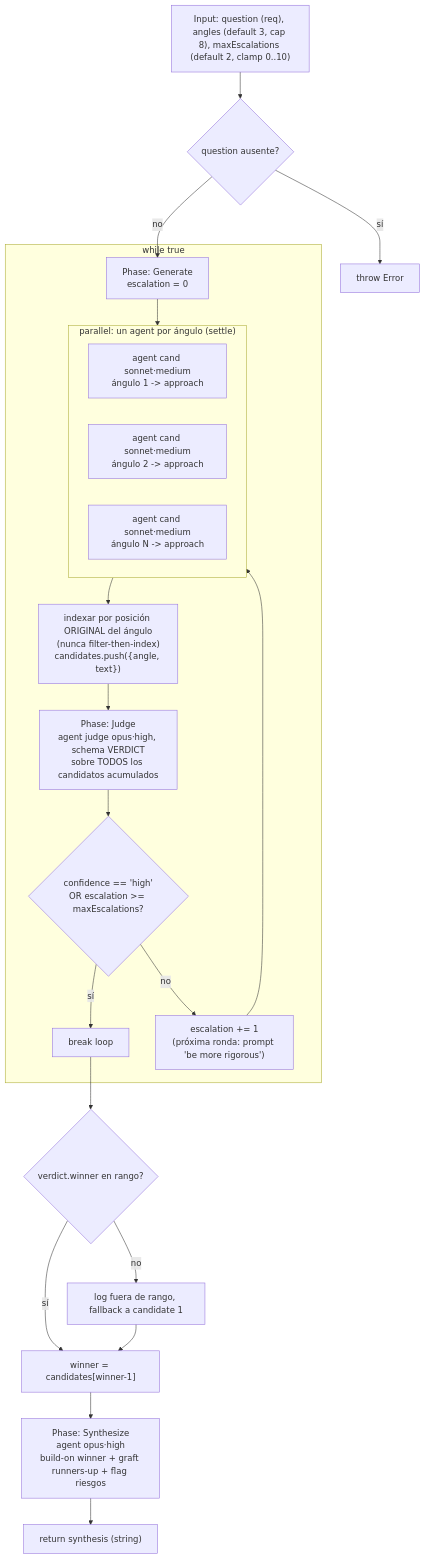
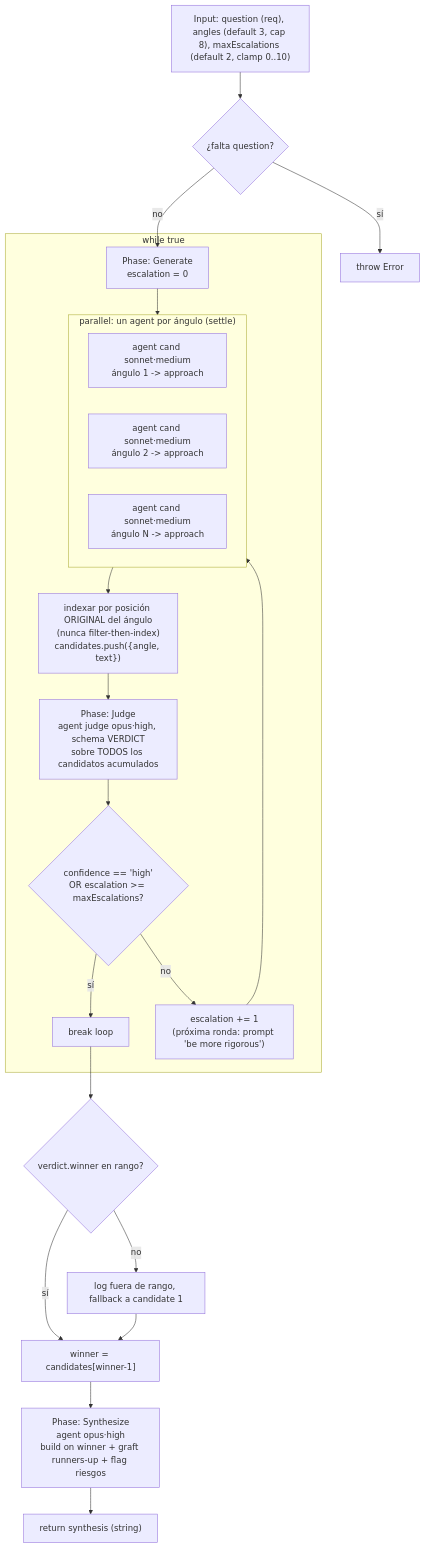
The diagram in docs/scaffolds/judge-escalate.md (andrestobelem/pandi-extensions), drawn with Mermaid before and after one commit. The commit also changed other lines of this file and 200 other files, not shown here.

````diff
--- a/docs/scaffolds/judge-escalate.md
+++ b/docs/scaffolds/judge-escalate.md
@@ -20,28 +20,40 @@
 ```mermaid
 flowchart TD
-    A["Input: question (req), angles (default 3, cap 8), maxEscalations (default 2, clamp 0..10)"] --> B{"question ausente?"}
+    A["Input: question (req), angles (default 3, cap 8), maxEscalations (default 2, clamp 0..10)"] --> B{"¿falta question?"}
     B -->|"sí"| B1["throw Error"]
-    B -->|"no"| C["Phase: Generate\nescalation = 0"]
+    B -->|"no"| C["Phase: Generate
+escalation = 0"]
 
     subgraph LOOP["while true"]
         subgraph GEN["parallel: un agent por ángulo (settle)"]
-            G1["agent cand sonnet·medium\nángulo 1 -> approach"]
-            G2["agent cand sonnet·medium\nángulo 2 -> approach"]
-            G3["agent cand sonnet·medium\nángulo N -> approach"]
+            G1["agent cand sonnet·medium
+ángulo 1 -> approach"]
+            G2["agent cand sonnet·medium
+ángulo 2 -> approach"]
+            G3["agent cand sonnet·medium
+ángulo N -> approach"]
         end
         C --> GEN
-        GEN --> D["indexar por posición ORIGINAL del ángulo\n(nunca filter-then-index)\ncandidates.push({angle, text})"]
-        D --> E["Phase: Judge\nagent judge opus·high, schema VERDICT\nsobre TODOS los candidatos acumulados"]
-        E --> F{"confidence == 'high'\nOR escalation >= maxEscalations?"}
+        GEN --> D["indexar por posición ORIGINAL del ángulo
+(nunca filter-then-index)
+candidates.push({angle, text})"]
+        D --> E["Phase: Judge
+agent judge opus·high, schema VERDICT
+sobre TODOS los candidatos acumulados"]
+        E --> F{"confidence == 'high'
+OR escalation >= maxEscalations?"}
         F -->|"sí"| STOP["break loop"]
-        F -->|"no"| INC["escalation += 1\n(próxima ronda: prompt 'be more rigorous')"]
+        F -->|"no"| INC["escalation += 1
+(próxima ronda: prompt 'be more rigorous')"]
         INC --> GEN
     end
 
     STOP --> H{"verdict.winner en rango?"}
     H -->|"no"| H1["log fuera de rango, fallback a candidate 1"]
     H -->|"sí"| I["winner = candidates[winner-1]"]
     H1 --> I
-    I --> J["Phase: Synthesize\nagent opus·high\nbuild-on winner + graft runners-up + flag riesgos"]
+    I --> J["Phase: Synthesize
+agent opus·high
+build on winner + graft runners-up + flag riesgos"]
     J --> K["return synthesis (string)"]
 ```
````
